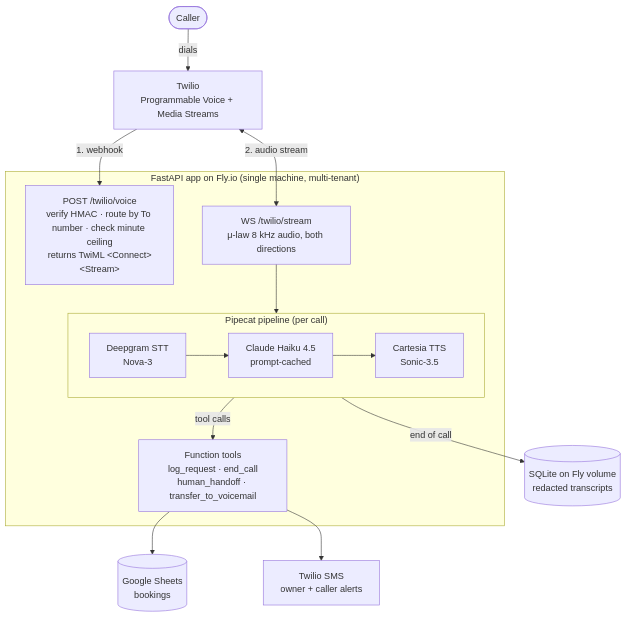
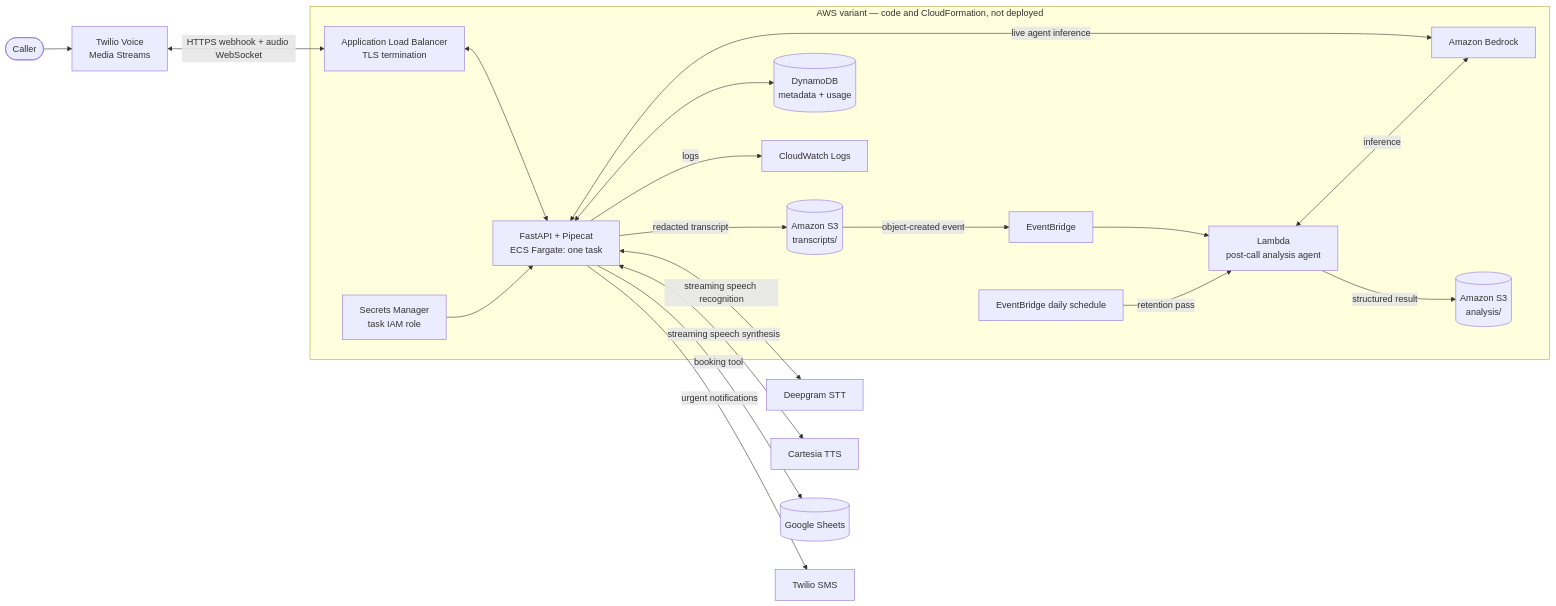
Before and after one commit to nub088/ai-voice-assistant-aws: the diagram in README.md, drawn with Mermaid. The commit also changed other lines of this file, not shown here.

Commit message:
Document AWS variant architecture and deployment status

````diff
--- a/README.md
+++ b/README.md
@@ -29,26 +36,24 @@
 ```mermaid
-flowchart TB
-    caller([Caller]) -->|dials| twilio[Twilio<br/>Programmable Voice + Media Streams]
+flowchart LR
+    caller([Caller]) --> twilio[Twilio Voice<br/>Media Streams]
+    twilio <-->|HTTPS webhook + audio WebSocket| alb[Application Load Balancer<br/>TLS termination]
 
-    subgraph fly["FastAPI app on Fly.io (single machine, multi-tenant)"]
-        voice["POST /twilio/voice<br/>verify HMAC · route by To number · check minute ceiling<br/>returns TwiML &lt;Connect&gt;&lt;Stream&gt;"]
-        ws["WS /twilio/stream<br/>μ-law 8 kHz audio, both directions"]
-        subgraph pipe["Pipecat pipeline (per call)"]
-            direction LR
-            stt[Deepgram STT<br/>Nova-3] --> llm[Claude Haiku 4.5<br/>prompt-cached] --> tts[Cartesia TTS<br/>Sonic-3.5]
-        end
-        tools["Function tools<br/>log_request · end_call<br/>human_handoff · transfer_to_voicemail"]
+    subgraph aws["AWS variant — code and CloudFormation, not deployed"]
+        alb <--> app[FastAPI + Pipecat<br/>ECS Fargate: one task]
+        app <-->|live agent inference| bedrock[Amazon Bedrock]
+        app -->|redacted transcript| s3[(Amazon S3<br/>transcripts/)]
+        app <--> ddb[(DynamoDB<br/>metadata + usage)]
+        app -->|logs| logs[CloudWatch Logs]
+        secrets[Secrets Manager<br/>task IAM role] --> app
+        s3 -->|object-created event| events[EventBridge]
+        events --> post[Lambda<br/>post-call analysis agent]
+        post <-->|inference| bedrock
+        post -->|structured result| analysis[(Amazon S3<br/>analysis/)]
+        schedule[EventBridge daily schedule] -->|retention pass| post
     end
 
-    sheets[(Google Sheets<br/>bookings)]
-    sms[Twilio SMS<br/>owner + caller alerts]
-    store[(SQLite on Fly volume<br/>redacted transcripts)]
-
-    twilio -->|1. webhook| voice
-    twilio <-->|2. audio stream| ws
-    ws --> pipe
-    pipe -->|tool calls| tools
-    tools --> sheets
-    tools --> sms
-    pipe -->|end of call| store
+    app <-->|streaming speech recognition| deepgram[Deepgram STT]
+    app <-->|streaming speech synthesis| cartesia[Cartesia TTS]
+    app -->|booking tool| sheets[(Google Sheets)]
+    app -->|urgent notifications| sms[Twilio SMS]
 ```
````
